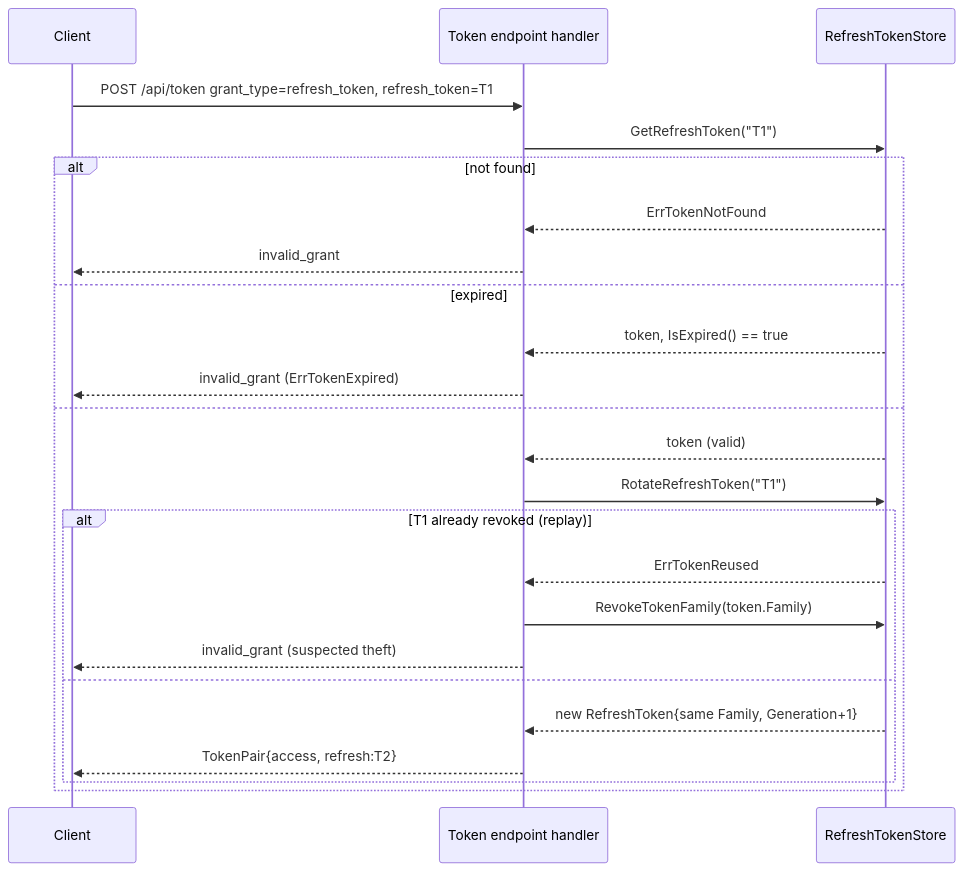
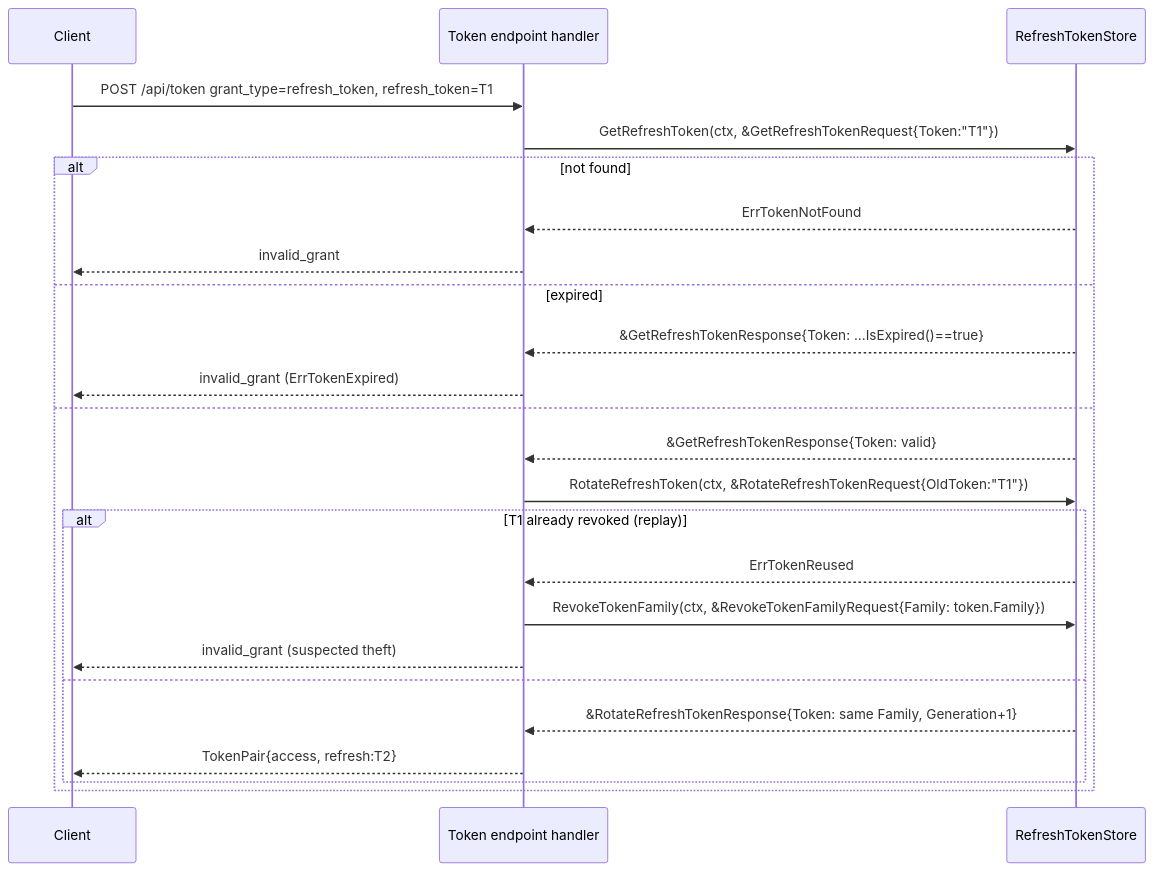
Before and after one commit to panyam/oneauth: the second of 2 diagrams in core/DESIGN.md, drawn with Mermaid. The commit also changed other lines of this file and 38 other files, not shown here.

````diff
--- a/core/DESIGN.md
+++ b/core/DESIGN.md
@@ -112,27 +145,27 @@
 ```mermaid
 sequenceDiagram
     participant Client
     participant Handler as Token endpoint handler
     participant Store as RefreshTokenStore
 
     Client->>Handler: POST /api/token grant_type=refresh_token, refresh_token=T1
-    Handler->>Store: GetRefreshToken("T1")
+    Handler->>Store: GetRefreshToken(ctx, &GetRefreshTokenRequest{Token:"T1"})
     alt not found
         Store-->>Handler: ErrTokenNotFound
         Handler-->>Client: invalid_grant
     else expired
-        Store-->>Handler: token, IsExpired() == true
+        Store-->>Handler: &GetRefreshTokenResponse{Token: ...IsExpired()==true}
         Handler-->>Client: invalid_grant (ErrTokenExpired)
     else
-        Store-->>Handler: token (valid)
-        Handler->>Store: RotateRefreshToken("T1")
+        Store-->>Handler: &GetRefreshTokenResponse{Token: valid}
+        Handler->>Store: RotateRefreshToken(ctx, &RotateRefreshTokenRequest{OldToken:"T1"})
         alt T1 already revoked (replay)
             Store-->>Handler: ErrTokenReused
-            Handler->>Store: RevokeTokenFamily(token.Family)
+            Handler->>Store: RevokeTokenFamily(ctx, &RevokeTokenFamilyRequest{Family: token.Family})
             Handler-->>Client: invalid_grant (suspected theft)
         else
-            Store-->>Handler: new RefreshToken{same Family, Generation+1}
+            Store-->>Handler: &RotateRefreshTokenResponse{Token: same Family, Generation+1}
             Handler-->>Client: TokenPair{access, refresh:T2}
         end
     end
 ```
````
